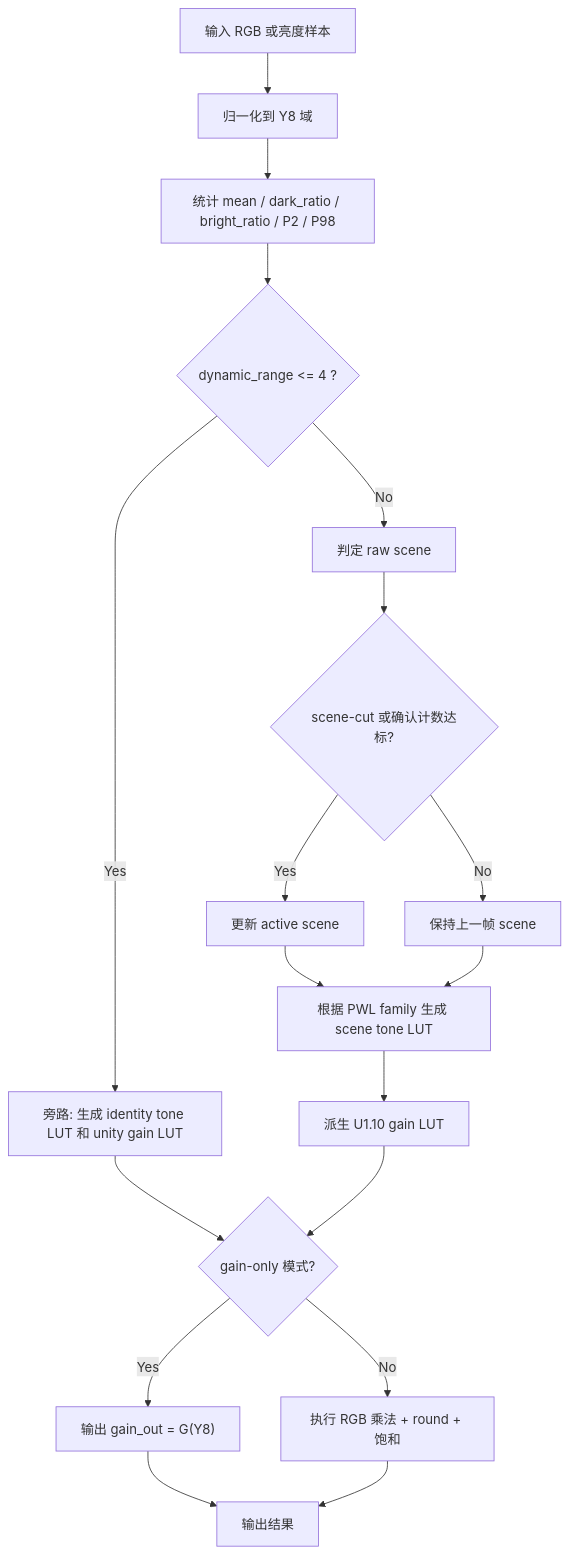
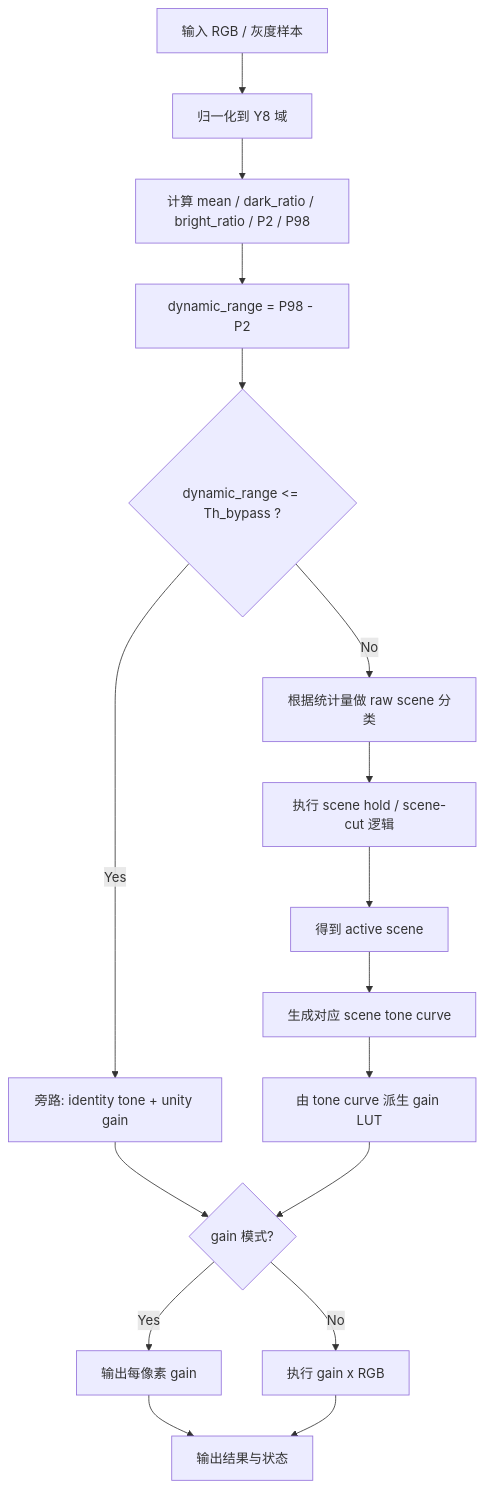
Before and after one commit to onions222/contrast_enhancement: the first of 3 diagrams in matlab/ce_hw_runtime_design.md, drawn with Mermaid. The commit also changed other lines of this file and 21 other files, not shown here.

````diff
--- a/matlab/ce_hw_runtime_design.md
+++ b/matlab/ce_hw_runtime_design.md
@@ -311,20 +152,19 @@
 ```mermaid
 flowchart TD
-  A["输入 RGB 或亮度样本"] --> B["归一化到 Y8 域"]
-  B --> C["统计 mean / dark_ratio / bright_ratio / P2 / P98"]
-  C --> D{"dynamic_range <= 4 ?"}
-  D -->|Yes| E["旁路: 生成 identity tone LUT 和 unity gain LUT"]
-  D -->|No| F["判定 raw scene"]
-  F --> G{"scene-cut 或确认计数达标?"}
-  G -->|Yes| H["更新 active scene"]
-  G -->|No| I["保持上一帧 scene"]
-  H --> J["根据 PWL family 生成 scene tone LUT"]
-  I --> J
-  J --> K["派生 U1.10 gain LUT"]
-  E --> L{"gain-only 模式?"}
+  A["输入 RGB / 灰度样本"] --> B["归一化到 Y8 域"]
+  B --> C["计算 mean / dark_ratio / bright_ratio / P2 / P98"]
+  C --> D["dynamic_range = P98 - P2"]
+  D --> E{"dynamic_range <= Th_bypass ?"}
+  E -->|Yes| F["旁路: identity tone + unity gain"]
+  E -->|No| G["根据统计量做 raw scene 分类"]
+  G --> H["执行 scene hold / scene-cut 逻辑"]
+  H --> I["得到 active scene"]
+  I --> J["生成对应 scene tone curve"]
+  J --> K["由 tone curve 派生 gain LUT"]
+  F --> L{"gain 模式?"}
   K --> L
-  L -->|Yes| M["输出 gain_out = G(Y8)"]
-  L -->|No| N["执行 RGB 乘法 + round + 饱和"]
-  M --> O["输出结果"]
+  L -->|Yes| M["输出每像素 gain"]
+  L -->|No| N["执行 gain x RGB"]
+  M --> O["输出结果与状态"]
   N --> O
 ```
````
